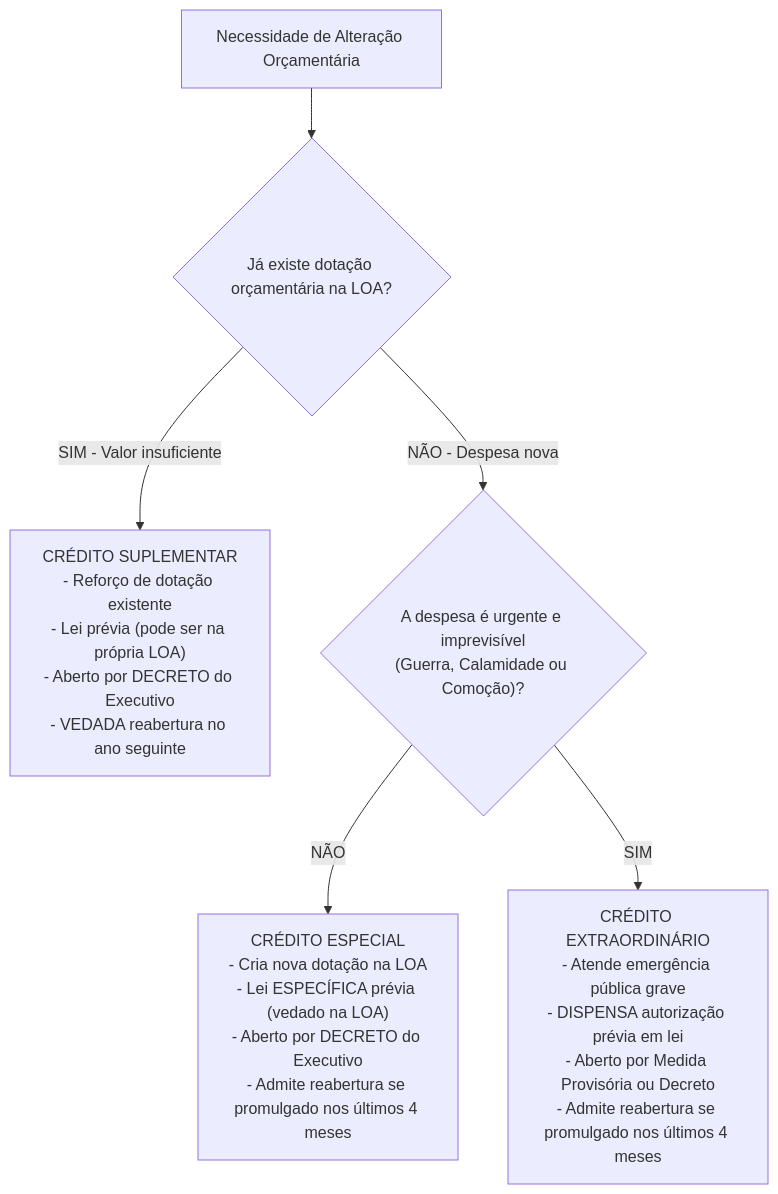
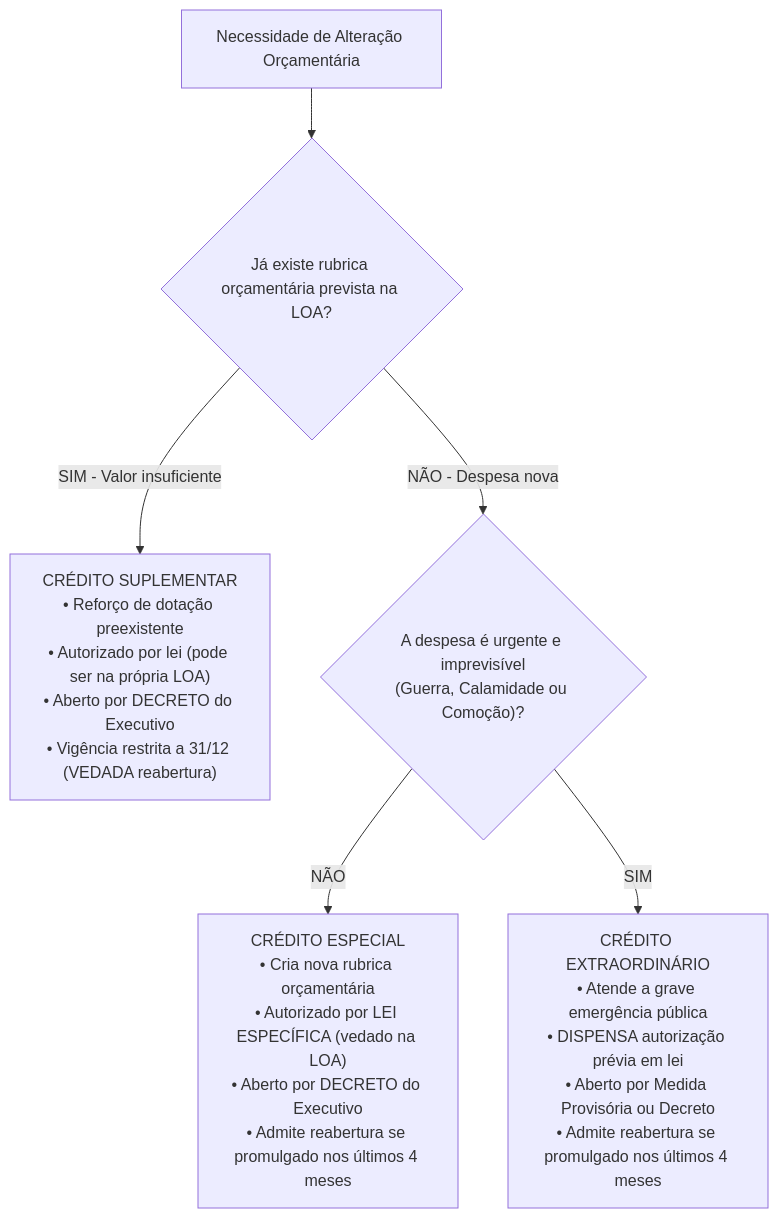
Before and after one commit to thiagosantos346/TCE-GO-2027: the first of 3 diagrams in fontes_de_estudo/conhecimentos_especificos_a01_tecnico_administrativo/19_nocoes_de_administracao_financeira_e_orcamentaria/04_creditos_adicionais_e_divida_publica.md, drawn with Mermaid. The commit also changed other lines of this file and 119 other files, not shown here.

````diff
--- a/fontes_de_estudo/conhecimentos_especificos_a01_tecnico_administrativo/19_nocoes_de_administracao_financeira_e_orcamentaria/04_creditos_adicionais_e_divida_publica.md
+++ b/fontes_de_estudo/conhecimentos_especificos_a01_tecnico_administrativo/19_nocoes_de_administracao_financeira_e_orcamentaria/04_creditos_adicionais_e_divida_publica.md
@@ -86,12 +60,12 @@
 ```mermaid
 flowchart TD
-    Alt["Necessidade de Alteração Orçamentária"] --> DotaExiste{"Já existe dotação orçamentária na LOA?"}
+    Alt["Necessidade de Alteração Orçamentária"] --> DotaExiste{"Já existe rubrica orçamentária prevista na LOA?"}
     
-    DotaExiste -->|SIM - Valor insuficiente| Supl["CRÉDITO SUPLEMENTAR<br/>- Reforço de dotação existente<br/>- Lei prévia (pode ser na própria LOA)<br/>- Aberto por DECRETO do Executivo<br/>- VEDADA reabertura no ano seguinte"]
+    DotaExiste -->|SIM - Valor insuficiente| Supl["CRÉDITO SUPLEMENTAR<br/>• Reforço de dotação preexistente<br/>• Autorizado por lei (pode ser na própria LOA)<br/>• Aberto por DECRETO do Executivo<br/>• Vigência restrita a 31/12 (VEDADA reabertura)"]
     
     DotaExiste -->|NÃO - Despesa nova| Urg{"A despesa é urgente e imprevisível<br/>(Guerra, Calamidade ou Comoção)?"}
     
-    Urg -->|NÃO| Espec["CRÉDITO ESPECIAL<br/>- Cria nova dotação na LOA<br/>- Lei ESPECÍFICA prévia (vedado na LOA)<br/>- Aberto por DECRETO do Executivo<br/>- Admite reabertura se promulgado nos últimos 4 meses"]
+    Urg -->|NÃO| Espec["CRÉDITO ESPECIAL<br/>• Cria nova rubrica orçamentária<br/>• Autorizado por LEI ESPECÍFICA (vedado na LOA)<br/>• Aberto por DECRETO do Executivo<br/>• Admite reabertura se promulgado nos últimos 4 meses"]
     
-    Urg -->|SIM| Extra["CRÉDITO EXTRAORDINÁRIO<br/>- Atende emergência pública grave<br/>- DISPENSA autorização prévia em lei<br/>- Aberto por Medida Provisória ou Decreto<br/>- Admite reabertura se promulgado nos últimos 4 meses"]
+    Urg -->|SIM| Extra["CRÉDITO EXTRAORDINÁRIO<br/>• Atende a grave emergência pública<br/>• DISPENSA autorização prévia em lei<br/>• Aberto por Medida Provisória ou Decreto<br/>• Admite reabertura se promulgado nos últimos 4 meses"]
 ```
````
